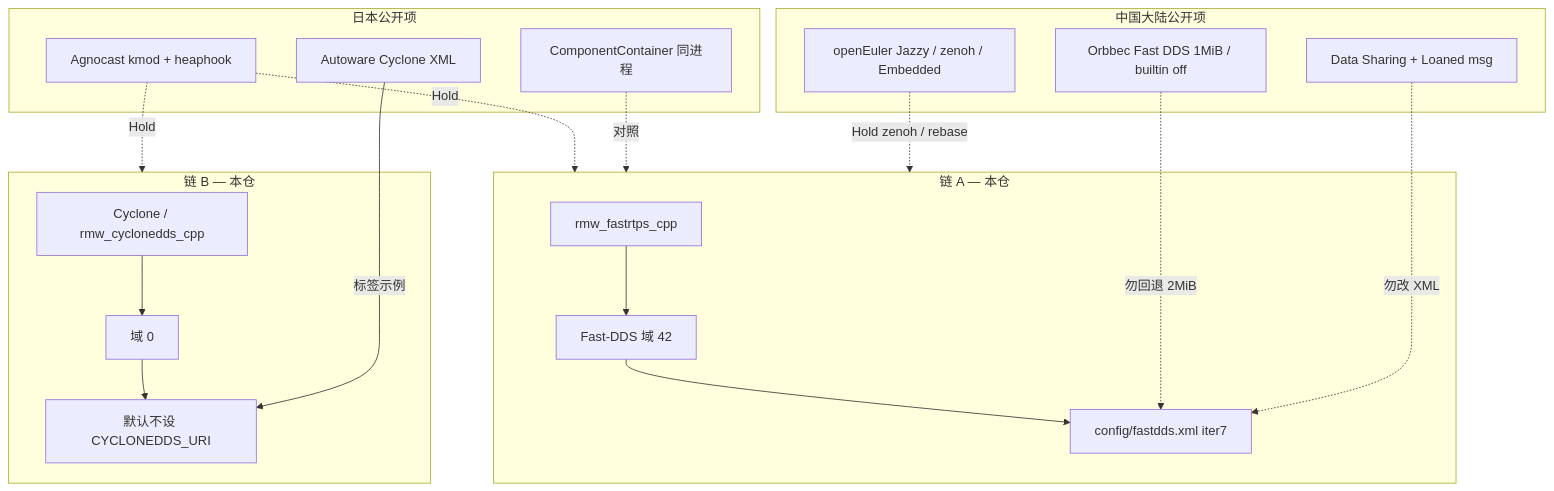
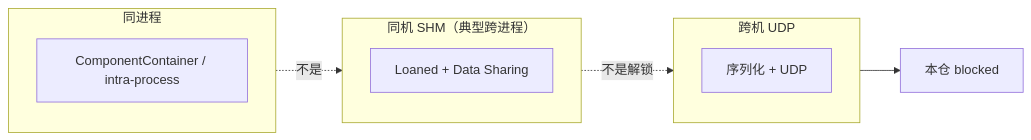
One commit to topsun-bot/ros2_hzj changed the diagram in docs/architecture/cn-jp-ros2-absorb.md. Above: the diagram before and after it, drawn with Mermaid. The commit also changed other lines of this file and 8 other files, not shown here.

First line of the commit message:
docs: keep CN/JP absorb items in architecture note only

````diff
--- a/docs/architecture/cn-jp-ros2-absorb.md
+++ b/docs/architecture/cn-jp-ros2-absorb.md
@@ -33,28 +33,15 @@
 ```mermaid
-flowchart TB
-  subgraph jp["日本公开项"]
-    AG["Agnocast kmod + heaphook"]
-    CY["Autoware Cyclone XML"]
-    CC["ComponentContainer 同进程"]
+flowchart LR
+  subgraph sameProc["同进程"]
+    CC["ComponentContainer / intra-process"]
   end
-  subgraph cn["中国大陆公开项"]
-    OB["Orbbec Fast DDS 1MiB / builtin off"]
-    DS["Data Sharing + Loaned msg"]
-    OE["openEuler Jazzy / zenoh / Embedded"]
+  subgraph sameHost["同机 SHM（典型跨进程）"]
+    DS["Loaned + Data Sharing"]
   end
-  subgraph chainA["链 A — 本仓"]
-    A1["rmw_fastrtps_cpp"] --> A2["Fast-DDS 域 42"]
-    A2 --> A3["config/fastdds.xml iter7"]
+  subgraph crossHost["跨机 UDP"]
+    UDP["序列化 + UDP"]
   end
-  subgraph chainB["链 B — 本仓"]
-    B1["Cyclone / rmw_cyclonedds_cpp"] --> B2["域 0"]
-    B2 --> B3["默认不设 CYCLONEDDS_URI"]
-  end
-  AG -.->|"Hold"| chainA
-  AG -.->|"Hold"| chainB
-  CY -->|"标签示例"| B3
-  CC -.->|"对照"| chainA
-  OB -.->|"勿回退 2MiB"| A3
-  DS -.->|"勿改 XML"| A3
-  OE -.->|"Hold zenoh / rebase"| chainA
+  sameProc -.->|"不是"| sameHost
+  sameHost -.->|"不是解锁"| crossHost
+  crossHost --> BLK["本仓 blocked"]
 ```
````
